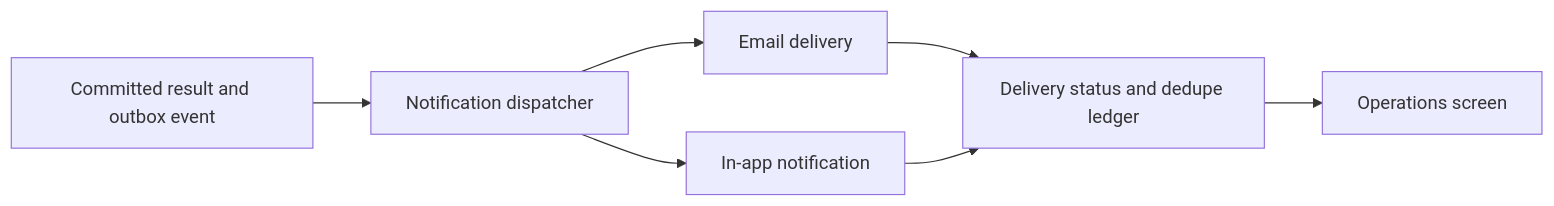
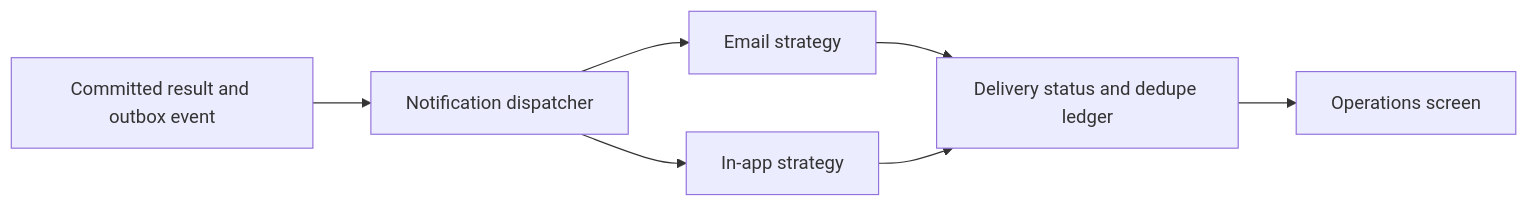
Before and after one commit to robsgreen/property-focus: diagram 26 of 29 in specs/property-focus/master-plan.md, drawn with Mermaid. The commit also changed other lines of this file, not shown here.

````diff
--- a/specs/property-focus/master-plan.md
+++ b/specs/property-focus/master-plan.md
@@ -365,9 +559,9 @@
 ```mermaid
 flowchart LR
     Commit[Committed result and outbox event] --> Notify[Notification dispatcher]
-    Notify --> Inbox[In-app notification]
-    Notify --> Mail[Email delivery]
+    Notify --> Inbox[In-app strategy]
+    Notify --> Mail[Email strategy]
     Mail --> Status[Delivery status and dedupe ledger]
     Inbox --> Status
     Status --> Ops[Operations screen]
 ```
````
